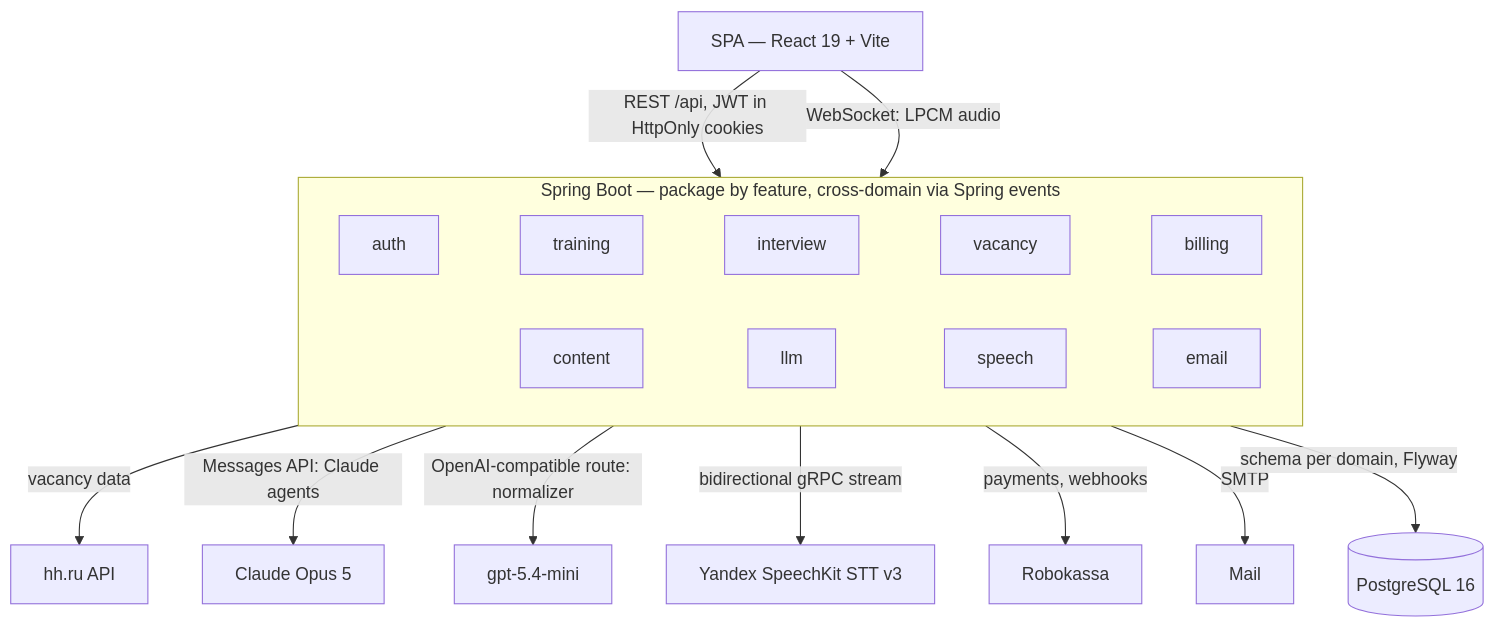
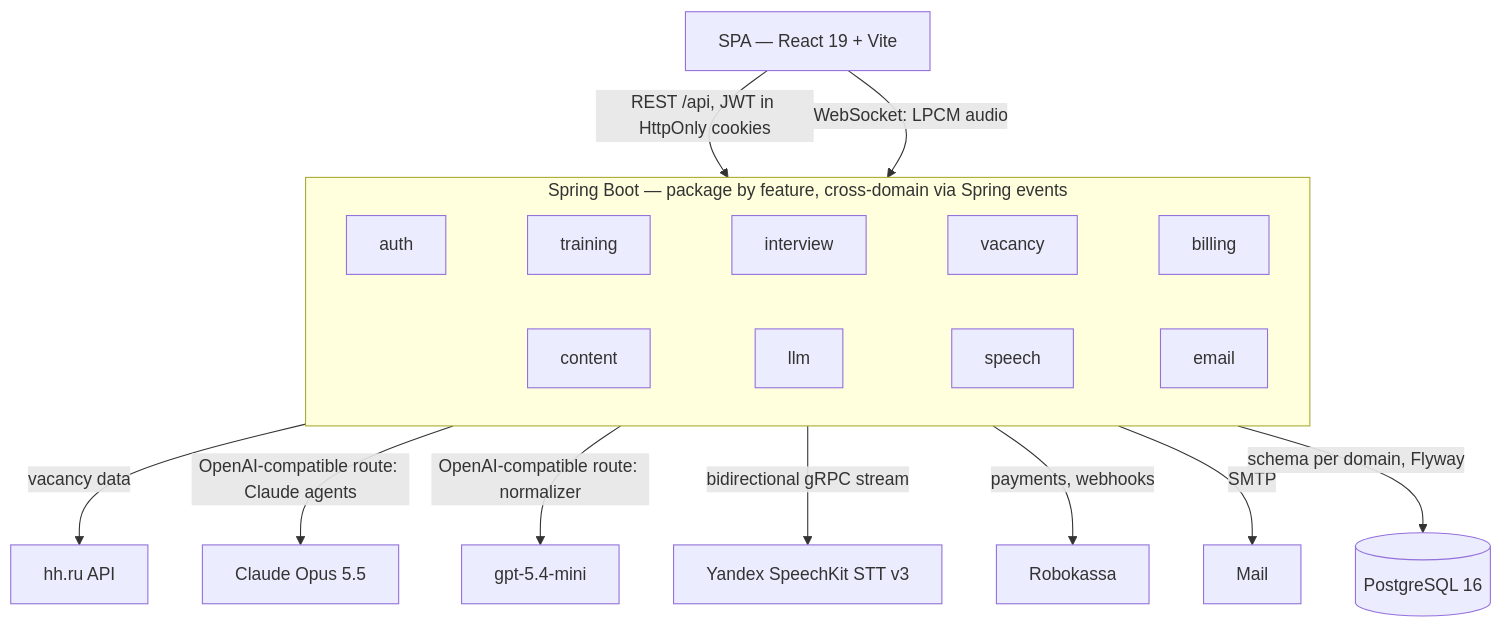
One commit to Alextrusk27/workbit changed the first of 2 diagrams in README.md. Above: the diagram before and after it, drawn with Mermaid. The commit also changed other lines of this file and 14 other files, not shown here.

First line of the commit message:
refactor(llm): switch claude client to gateway chat completions route

````diff
--- a/README.md
+++ b/README.md
@@ -119,20 +119,20 @@
 ```mermaid
 flowchart TB
     SPA["SPA — React 19 + Vite"]
     SPA -->|"REST /api, JWT in HttpOnly cookies"| BE
     SPA -->|"WebSocket: LPCM audio"| BE
 
     subgraph BE["Spring Boot — package by feature, cross-domain via Spring events"]
         direction LR
         auth ~~~ training ~~~ interview ~~~ vacancy ~~~ billing
         content ~~~ llm ~~~ speech ~~~ email
     end
 
     BE -->|"schema per domain, Flyway"| PG[("PostgreSQL 16")]
     vacancy -->|"vacancy data"| HH["hh.ru API"]
-    llm -->|"Messages API: Claude agents"| CL["Claude Opus 5"]
+    llm -->|"OpenAI-compatible route: Claude agents"| CL["Claude Opus 5.5"]
     llm -->|"OpenAI-compatible route: normalizer"| GPT["gpt-5.4-mini"]
     speech -->|"bidirectional gRPC stream"| STT["Yandex SpeechKit STT v3"]
     billing -->|"payments, webhooks"| RK["Robokassa"]
     email -->|"SMTP"| MX["Mail"]
 ```
````
